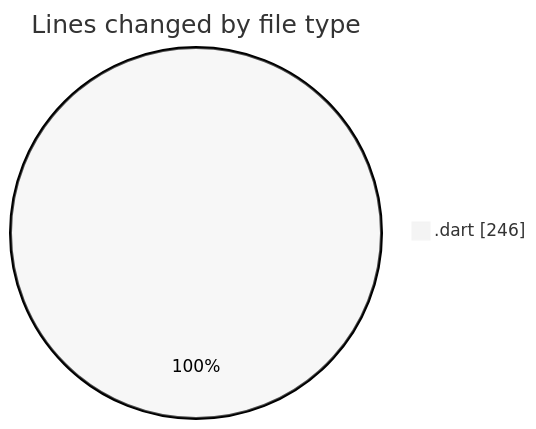
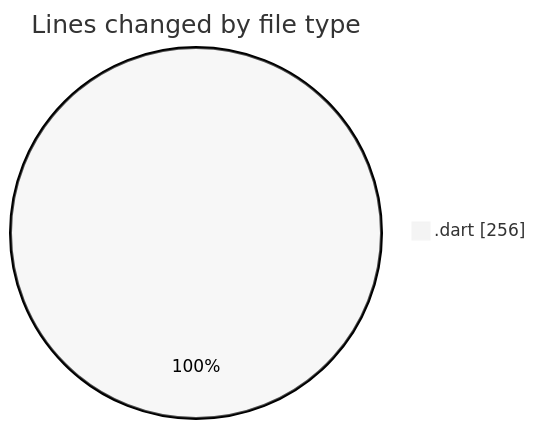
One commit to donsfak/code-tracking changed the first of 2 diagrams in 2025-03-25/wordle/README.md. Above: the diagram before and after it, drawn with Mermaid (neutral theme). The commit also changed other lines of this file and 1 other file, not shown here.

````diff
--- a/2025-03-25/wordle/README.md
+++ b/2025-03-25/wordle/README.md
@@ -26,5 +26,5 @@
 ```mermaid
 pie showData
 title Lines changed by file type
-".dart" : 246
+".dart" : 256
 ```
````
